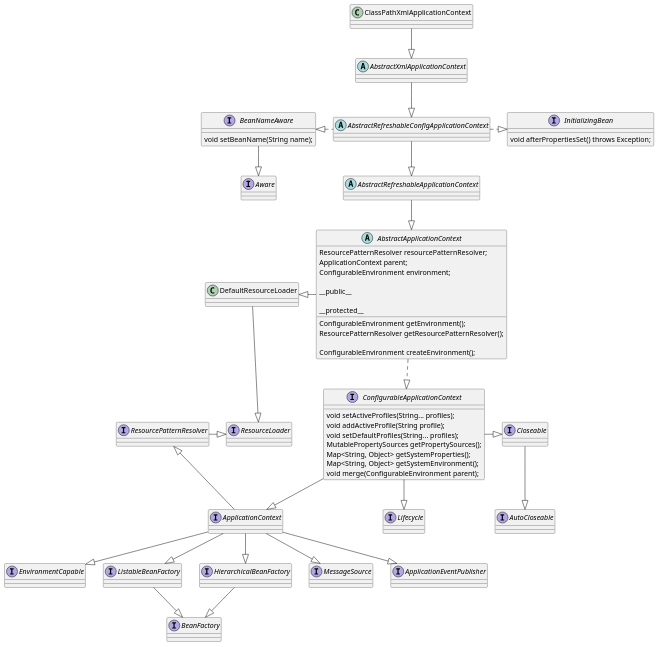
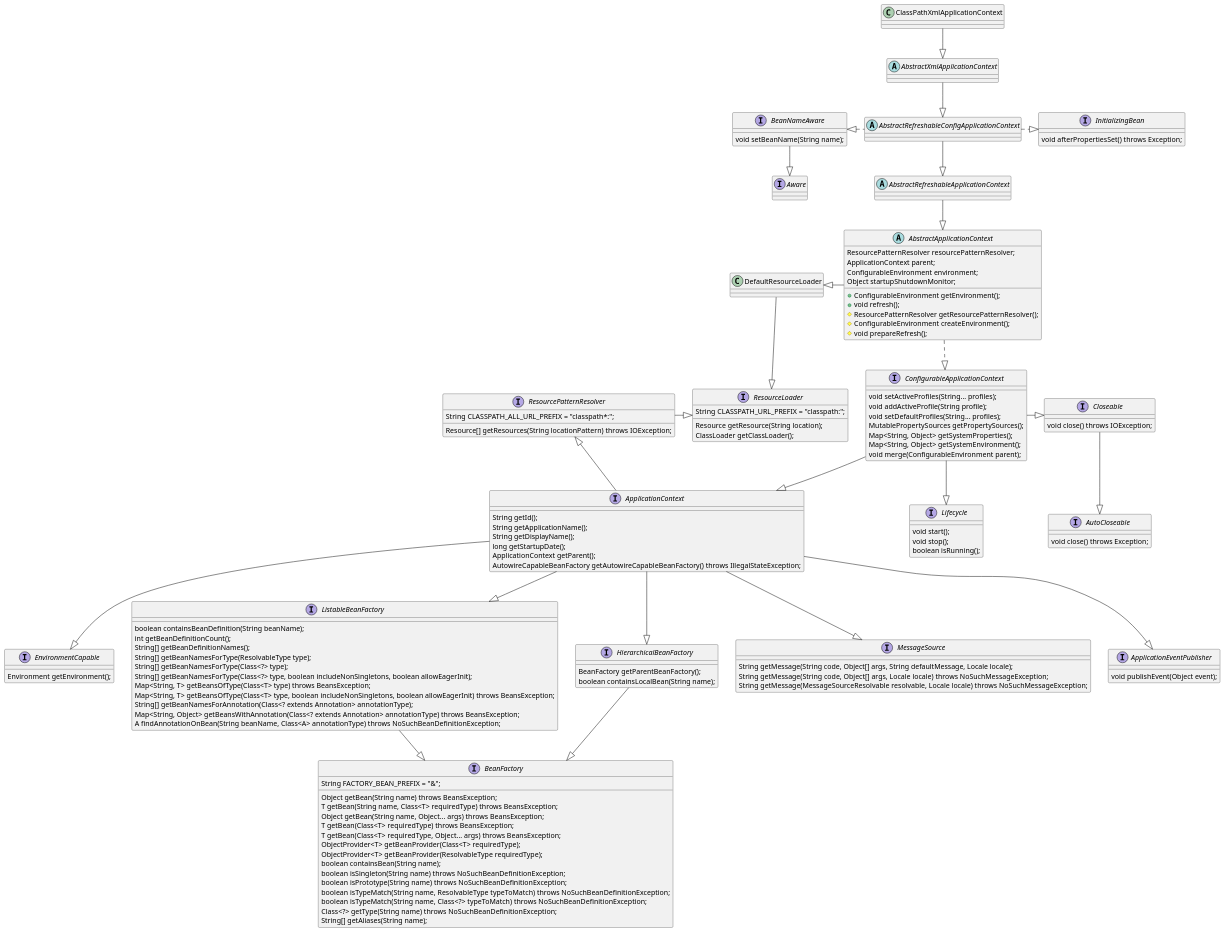
One commit to LCN29/MyTechnicalSystem changed the diagram in Spring/framwork/uml/ClassPathXmlApplicationContext.puml. Above: the diagram before and after it, drawn with PlantUML. The commit also changed 2 other files, not shown here.

Commit message:
optimize uml

```diff
--- a/Spring/framwork/uml/ClassPathXmlApplicationContext.puml
+++ b/Spring/framwork/uml/ClassPathXmlApplicationContext.puml
@@ -1,121 +1,170 @@
 @startuml
 
 class ClassPathXmlApplicationContext {
 }
 
 class DefaultResourceLoader {
 }
 
 
 abstract class AbstractXmlApplicationContext {
 }
 
 abstract class AbstractRefreshableConfigApplicationContext {
 }
 
 abstract class AbstractRefreshableApplicationContext {
 }
 
 abstract class AbstractApplicationContext {
 
     ResourcePatternResolver resourcePatternResolver;
     ApplicationContext parent;
     ConfigurableEnvironment environment;
+    Object startupShutdownMonitor;
 
-    __public__
-    ConfigurableEnvironment getEnvironment();
-
-    __protected__
-    ResourcePatternResolver getResourcePatternResolver();
-
-    ConfigurableEnvironment createEnvironment();
-
+    + ConfigurableEnvironment getEnvironment();
+    + void refresh();
+    # ResourcePatternResolver getResourcePatternResolver();
+    # ConfigurableEnvironment createEnvironment();
+    # void prepareRefresh();
 }
 
 interface BeanNameAware {
     void setBeanName(String name);
 }
 
 interface Aware {
 }
 
 interface InitializingBean {
-
     void afterPropertiesSet() throws Exception;
 }
 
 interface ConfigurableApplicationContext{
-
     void setActiveProfiles(String... profiles);
     void addActiveProfile(String profile);
     void setDefaultProfiles(String... profiles);
     MutablePropertySources getPropertySources();
     Map<String, Object> getSystemProperties();
     Map<String, Object> getSystemEnvironment();
     void merge(ConfigurableEnvironment parent);
 }
 
 interface Lifecycle {
+
+    void start();
+    void stop();
+    boolean isRunning();
 }
 
 interface Closeable {
+    void close() throws IOException;
 }
 
 interface AutoCloseable {
+    void close() throws Exception;
 }
 
 interface ApplicationContext {
+    String getId();
+    String getApplicationName();
+    String getDisplayName();
+    long getStartupDate();
+    ApplicationContext getParent();
+    AutowireCapableBeanFactory getAutowireCapableBeanFactory() throws IllegalStateException;
 }
 
 interface EnvironmentCapable {
+    Environment getEnvironment();
 }
 
 interface ListableBeanFactory {
+    boolean containsBeanDefinition(String beanName);
+    int getBeanDefinitionCount();
+    String[] getBeanDefinitionNames();
+    String[] getBeanNamesForType(ResolvableType type);
+    String[] getBeanNamesForType(Class<?> type);
+    String[] getBeanNamesForType(Class<?> type, boolean includeNonSingletons, boolean allowEagerInit);
+    Map<String, T> getBeansOfType(Class<T> type) throws BeansException;
+    Map<String, T> getBeansOfType(Class<T> type, boolean includeNonSingletons, boolean allowEagerInit) throws BeansException;
+    String[] getBeanNamesForAnnotation(Class<? extends Annotation> annotationType);
+    Map<String, Object> getBeansWithAnnotation(Class<? extends Annotation> annotationType) throws BeansException;
+    A findAnnotationOnBean(String beanName, Class<A> annotationType) throws NoSuchBeanDefinitionException;
 }
 
 interface HierarchicalBeanFactory {
+    BeanFactory getParentBeanFactory();
+    boolean containsLocalBean(String name);
 }
 
 interface BeanFactory {
+    String FACTORY_BEAN_PREFIX = "&";
+
+    Object getBean(String name) throws BeansException;
+    T getBean(String name, Class<T> requiredType) throws BeansException;
+    Object getBean(String name, Object... args) throws BeansException;
+    T getBean(Class<T> requiredType) throws BeansException;
+    T getBean(Class<T> requiredType, Object... args) throws BeansException;
+    ObjectProvider<T> getBeanProvider(Class<T> requiredType);
+    ObjectProvider<T> getBeanProvider(ResolvableType requiredType);
+    boolean containsBean(String name);
+    boolean isSingleton(String name) throws NoSuchBeanDefinitionException;
+    boolean isPrototype(String name) throws NoSuchBeanDefinitionException;
+    boolean isTypeMatch(String name, ResolvableType typeToMatch) throws NoSuchBeanDefinitionException;
+    boolean isTypeMatch(String name, Class<?> typeToMatch) throws NoSuchBeanDefinitionException;
+    Class<?> getType(String name) throws NoSuchBeanDefinitionException;
+    String[] getAliases(String name);
 }
 
 interface MessageSource {
+    String getMessage(String code, Object[] args, String defaultMessage, Locale locale);
+    String getMessage(String code, Object[] args, Locale locale) throws NoSuchMessageException;
+    String getMessage(MessageSourceResolvable resolvable, Locale locale) throws NoSuchMessageException;
 }
 
 interface ApplicationEventPublisher {
+    void publishEvent(Object event);
 }
 
 interface ResourcePatternResolver {
+    String CLASSPATH_ALL_URL_PREFIX = "classpath*:";
+
+    Resource[] getResources(String locationPattern) throws IOException;
 }
 
 interface ResourceLoader {
+    String CLASSPATH_URL_PREFIX = "classpath:";
+
+    Resource getResource(String location);
+    ClassLoader getClassLoader();
 }
 
 
 
 ClassPathXmlApplicationContext -down-|> AbstractXmlApplicationContext
 AbstractXmlApplicationContext -down-|> AbstractRefreshableConfigApplicationContext
 AbstractRefreshableConfigApplicationContext -down-|> AbstractRefreshableApplicationContext
 AbstractRefreshableConfigApplicationContext -left..|> BeanNameAware
 AbstractRefreshableConfigApplicationContext -right..|> InitializingBean
 BeanNameAware -down-|> Aware
 AbstractRefreshableApplicationContext -down-|> AbstractApplicationContext
 AbstractApplicationContext -left-|> DefaultResourceLoader
 DefaultResourceLoader -down-|> ResourceLoader
 
 AbstractApplicationContext ..|> ConfigurableApplicationContext
 ConfigurableApplicationContext -down-|> ApplicationContext
 ConfigurableApplicationContext -down-|> Lifecycle
 ConfigurableApplicationContext -right-|> Closeable
 Closeable -down-|> AutoCloseable
 ApplicationContext -down-|> EnvironmentCapable
 ApplicationContext -down-|> MessageSource
 ApplicationContext -down-|> ApplicationEventPublisher
 ApplicationContext -up|> ResourcePatternResolver
 ApplicationContext -down-|> HierarchicalBeanFactory
 ApplicationContext -down-|> ListableBeanFactory
 HierarchicalBeanFactory -down-|> BeanFactory
 ListableBeanFactory -down-|> BeanFactory
 ResourcePatternResolver -|> ResourceLoader
 
 @enduml
```
